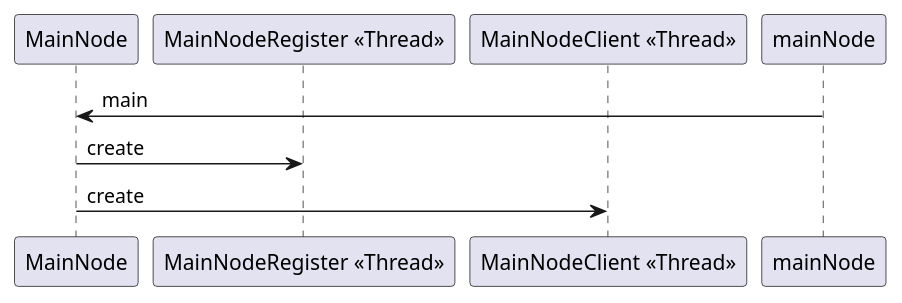
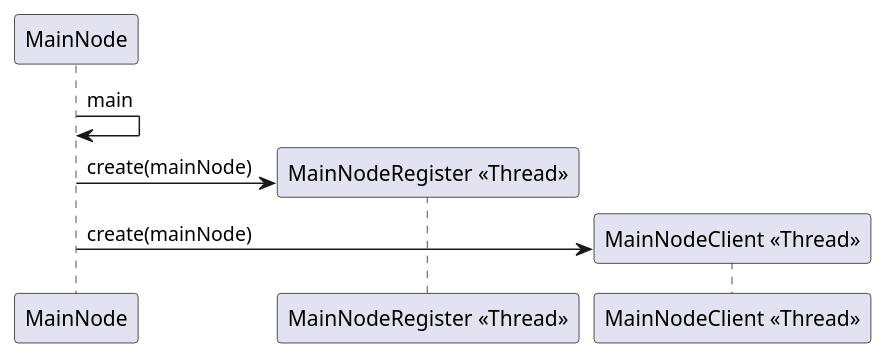
The first of 2 diagrams in README.org (UAL-SDP/TCPMap), drawn with PlantUML before and after one commit. The commit also changed other lines of this file, not shown here.

Commit message:
Add workflow diagram.

```diff
--- a/README.org
+++ b/README.org
@@ -4,10 +4,10 @@
-   #+begin_src plantuml :file figures/main_node_start.eps :noexport
+   #+begin_src plantuml :file figures/main_node_start.png :noexport
 @startuml
 participant MainNode
 participant "MainNodeRegister <<Thread>>"
 participant "MainNodeClient <<Thread>>"
-mainNode -> MainNode : main
-MainNode -> "MainNodeRegister <<Thread>>" : create
-MainNode -> "MainNodeClient <<Thread>>" : create
+MainNode -> MainNode : main
+MainNode -> "MainNodeRegister <<Thread>>" ** : create(mainNode)
+MainNode -> "MainNodeClient <<Thread>>" ** : create(mainNode)
 @enduml
    #+end_src
```
